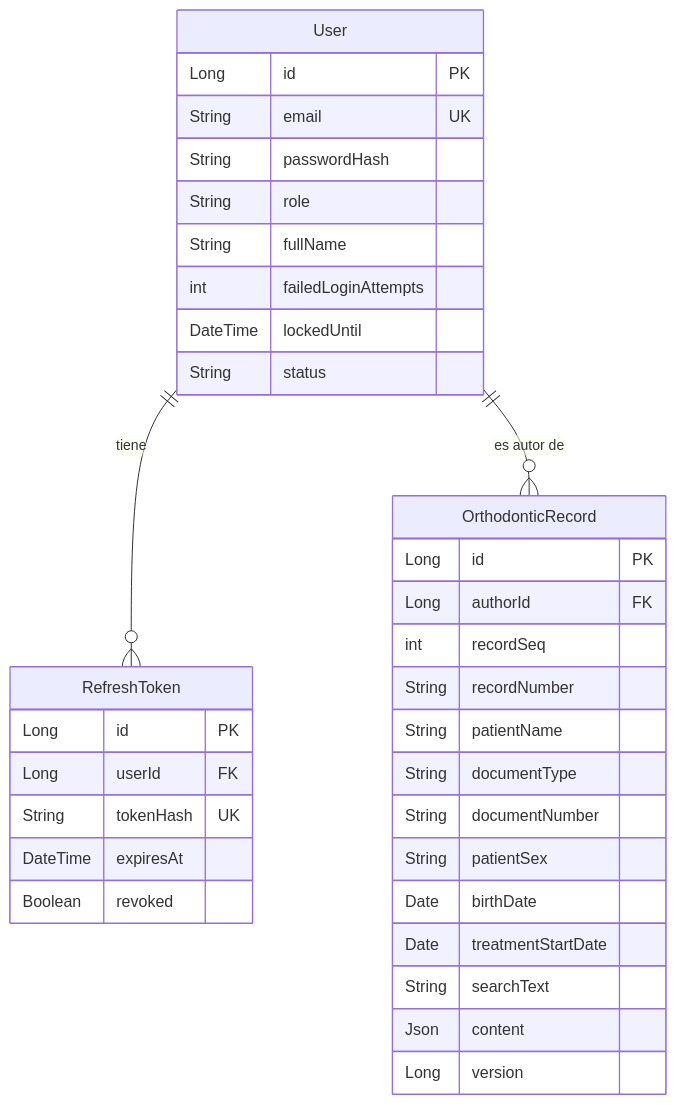
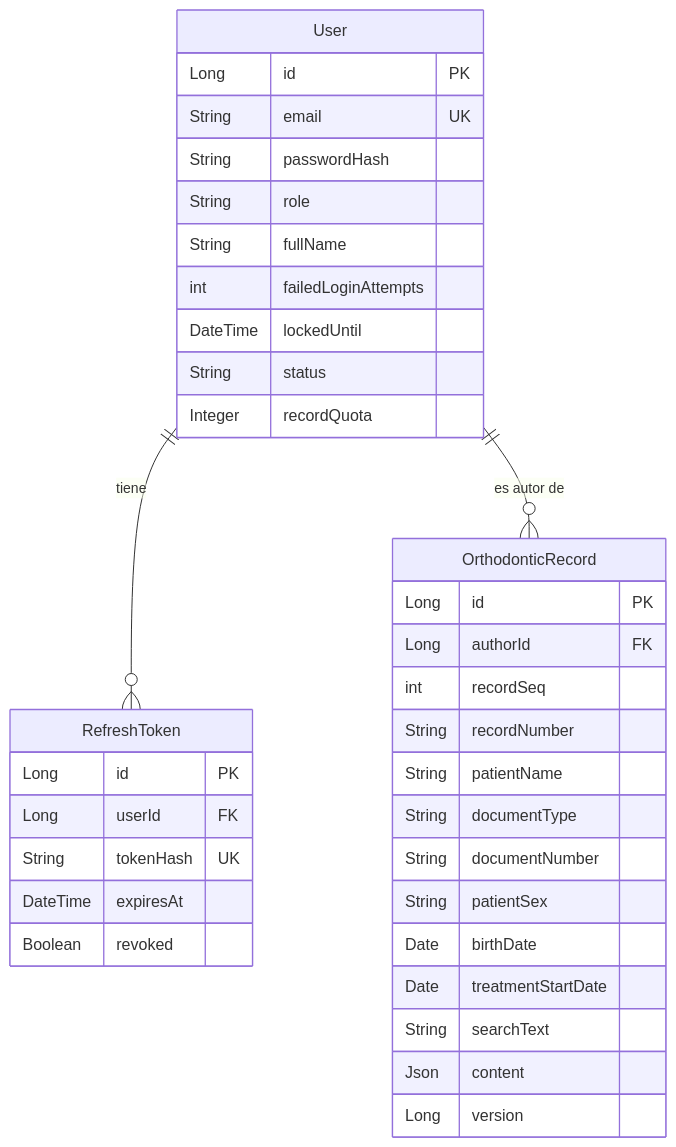
The diagram in docs/domain.md (Davico84/HSOFACOP), drawn with Mermaid before and after one commit. The commit also changed other lines of this file and 9 other files, not shown here.

First line of the commit message:
docs(openspec): archiva add-record-quota

````diff
--- a/docs/domain.md
+++ b/docs/domain.md
@@ -98,38 +100,39 @@
 ```mermaid
 erDiagram
     User ||--o{ RefreshToken : "tiene"
     User ||--o{ OrthodonticRecord : "es autor de"
 
     User {
         Long id PK
         String email UK
         String passwordHash
         String role
         String fullName
         int failedLoginAttempts
         DateTime lockedUntil
         String status
+        Integer recordQuota
     }
     RefreshToken {
         Long id PK
         Long userId FK
         String tokenHash UK
         DateTime expiresAt
         Boolean revoked
     }
     OrthodonticRecord {
         Long id PK
         Long authorId FK
         int recordSeq
         String recordNumber
         String patientName
         String documentType
         String documentNumber
         String patientSex
         Date birthDate
         Date treatmentStartDate
         String searchText
         Json content
         Long version
     }
 ```
````
